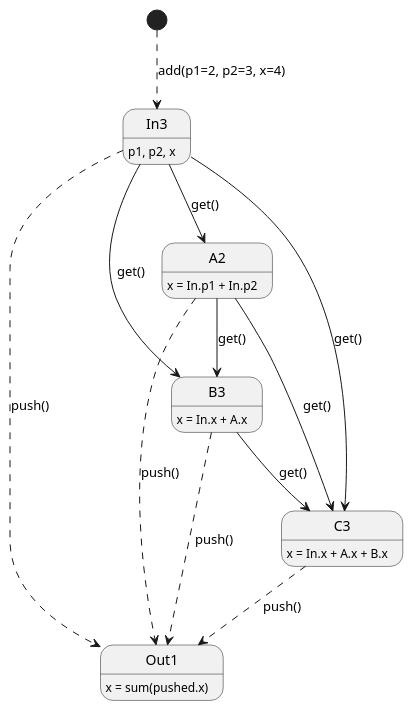
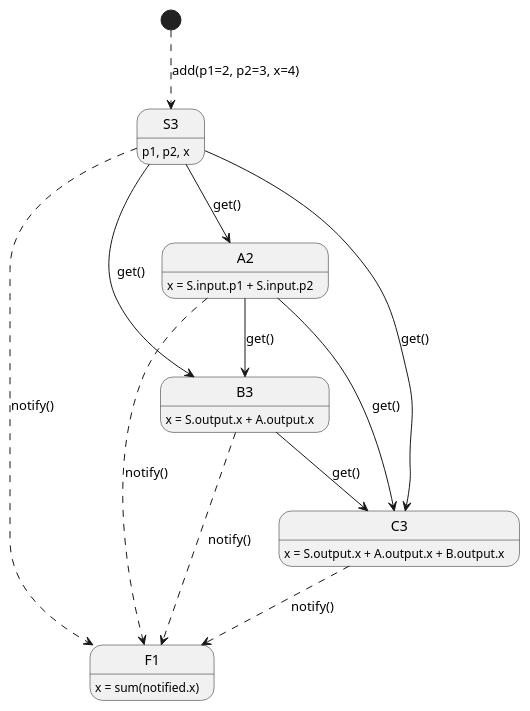
Before and after one commit to PeterKanderholm/mdrunner: the diagram in docs/test_6.puml, drawn with PlantUML. The commit also changed 26 other files, not shown here.

```diff
--- a/docs/test_6.puml
+++ b/docs/test_6.puml
@@ -1,25 +1,25 @@
 @startuml
 
-[*] -[dashed]-> In3 : add(p1=2, p2=3, x=4)
+[*] -[dashed]-> S3 : add(p1=2, p2=3, x=4)
 
-In3 --> A2 : get()
-In3 --> B3 : get()
-In3 --> C3 : get()
-In3 -[dashed]-> Out1 : push()
+S3 --> A2 : get()
+S3 --> B3 : get()
+S3 --> C3 : get()
+S3 -[dashed]-> F1 : notify()
 
 A2 --> B3 : get()
 A2 --> C3 : get()
-A2 -[dashed]-> Out1 : push()
+A2 -[dashed]-> F1 : notify()
 
 B3 --> C3 : get()
-B3 -[dashed]-> Out1 : push()
+B3 -[dashed]-> F1 : notify()
 
-C3 -[dashed]-> Out1 : push()
+C3 -[dashed]-> F1 : notify()
 
-In3 : p1, p2, x
-A2 : x = In.p1 + In.p2
-B3 : x = In.x + A.x
-C3 : x = In.x + A.x + B.x
-Out1: x = sum(pushed.x)
+S3 : p1, p2, x
+A2 : x = S.input.p1 + S.input.p2
+B3 : x = S.output.x + A.output.x
+C3 : x = S.output.x + A.output.x + B.output.x
+F1: x = sum(notified.x)
 
 @enduml
```
